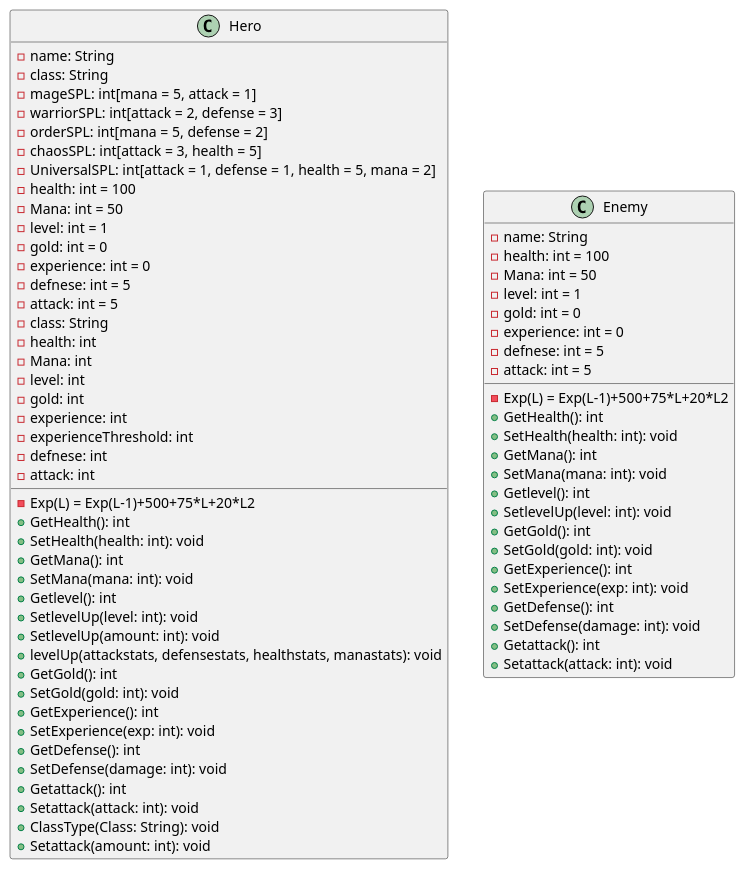
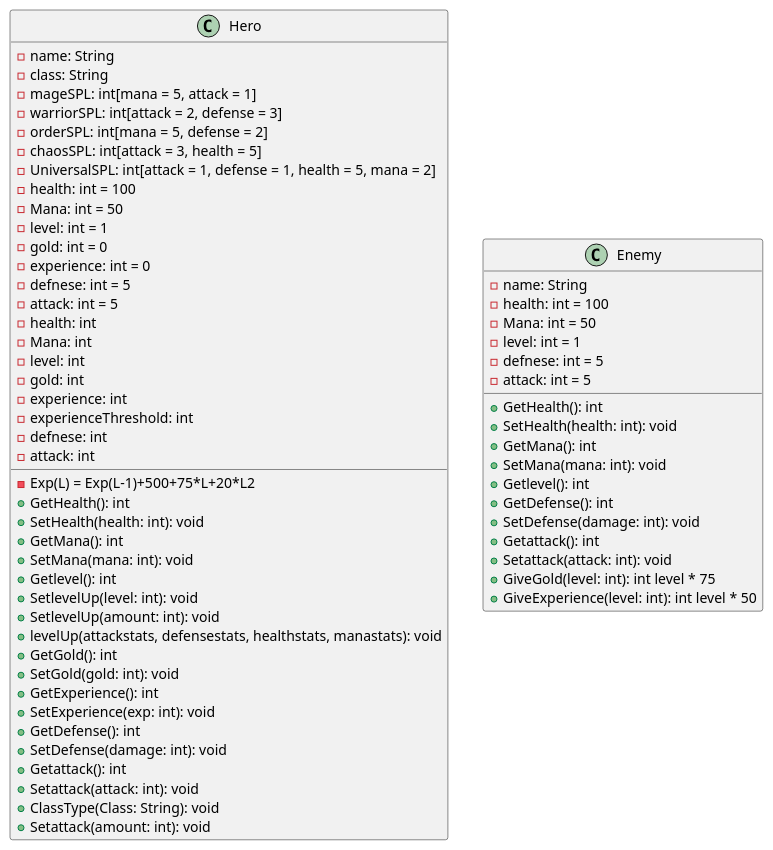
The diagram in rpg-legends/docs/uml/HeroStats.plantuml (JosefG50/2203-Legends-of-Sword-and-Wand), drawn with PlantUML before and after one commit.

Commit message:
docs(uml): add Enemy reward logic and party scaling notes

```diff
--- a/rpg-legends/docs/uml/HeroStats.plantuml
+++ b/rpg-legends/docs/uml/HeroStats.plantuml
@@ -1,94 +1,94 @@
 @startuml
 'add abstract class enetity' 
 class Hero {
     - name: String
     - class: String   
     - mageSPL: int[mana = 5, attack = 1]
     - warriorSPL: int[attack = 2, defense = 3]
     - orderSPL: int[mana = 5, defense = 2]
     - chaosSPL: int[attack = 3, health = 5]
     'Uniervsal Stats per level gives points before the class bonus is applied per level up'
     - UniversalSPL: int[attack = 1, defense = 1, health = 5, mana = 2]
     - health: int = 100
     - Mana: int = 50
     - level: int = 1
     - gold: int = 0
     - experience: int = 0
     - defnese: int = 5
     - attack: int = 5
     - Exp(L) = Exp(L-1)+500+75*L+20*L2
-    - class: String
     'Add class Abstract class with all classes'
     - health: int
     - Mana: int
     - level: int
     'add -levels for each class'
     - gold: int
     - experience: int
     'add to check if enough experience to level up'
     - experienceThreshold: int
     - defnese: int
     - attack: int
     '-spells: List[Spells]'
     + GetHealth(): int
     + SetHealth(health: int): void
     + GetMana(): int
     + SetMana(mana: int): void
     + Getlevel(): int
     + SetlevelUp(level: int): void
     + SetlevelUp(amount: int): void 
     'Change to levelUp():void' that increases level by 1'
     + levelUp(attackstats, defensestats, healthstats, manastats): void
     + GetGold(): int
     + SetGold(gold: int): void 
     + GetExperience(): int
     + SetExperience(exp: int): void
     + GetDefense(): int
     + SetDefense(damage: int): void
     + Getattack(): int
     + Setattack(attack: int): void
     + ClassType(Class: String): void
     + Setattack(amount: int): void
 }
 
 
 class Enemy {
+    '1 to 5 enemies'
+    'level from 1 to 10'
+    'the actual level of the enemy party is determined by the culmative level of the hero party'
+    'if hero party has a culmative level of 5 the enemy party will have a culmative level of 5-0'
+    'The maximum level of a full enemy party culmative level is 50'
     - name: String
     - health: int = 100
     - Mana: int = 50
     - level: int = 1
-    - gold: int = 0
-    - experience: int = 0
     - defnese: int = 5
     - attack: int = 5
-    - Exp(L) = Exp(L-1)+500+75*L+20*L2
     + GetHealth(): int
     + SetHealth(health: int): void
     + GetMana(): int
     + SetMana(mana: int): void
     + Getlevel(): int
-    + SetlevelUp(level: int): void
-    + GetGold(): int
-    + SetGold(gold: int): void 
-    + GetExperience(): int
-    + SetExperience(exp: int): void
     + GetDefense(): int
     + SetDefense(damage: int): void
     + Getattack(): int
     + Setattack(attack: int): void
+    'G(L) = 75*L that is the gold given to hero on defeat'
+    + GiveGold(level: int): int level * 75
+    'Exp(L)=50*L that is the experience given to hero on defeat'
+    + GiveExperience(level: int): int level * 50
 }
 
 
 'Order' <|-- Hero : +5 Mana
 'Order' <|-- Hero : +2 Defense
 'Order' <|-- Hero : Heals/Shields
 'Chaos' <|-- Hero : +3 Attack
 'Chaos' <|-- Hero : +5 HP
 'Chaos' <|-- Hero : Fireball/Lightning
 'Warrior' <|-- Hero : +2 Attack
 'Warrior' <|-- Hero : +3 Defense
 'Warrior' <|-- Hero : Cleave/PHYSICAL
 'Mage' <|-- Hero : +5 Mana
 'Mage' <|-- Hero : +1 Attack
 'Mage' <|-- Hero : Mana Replenish
 @enduml
```
